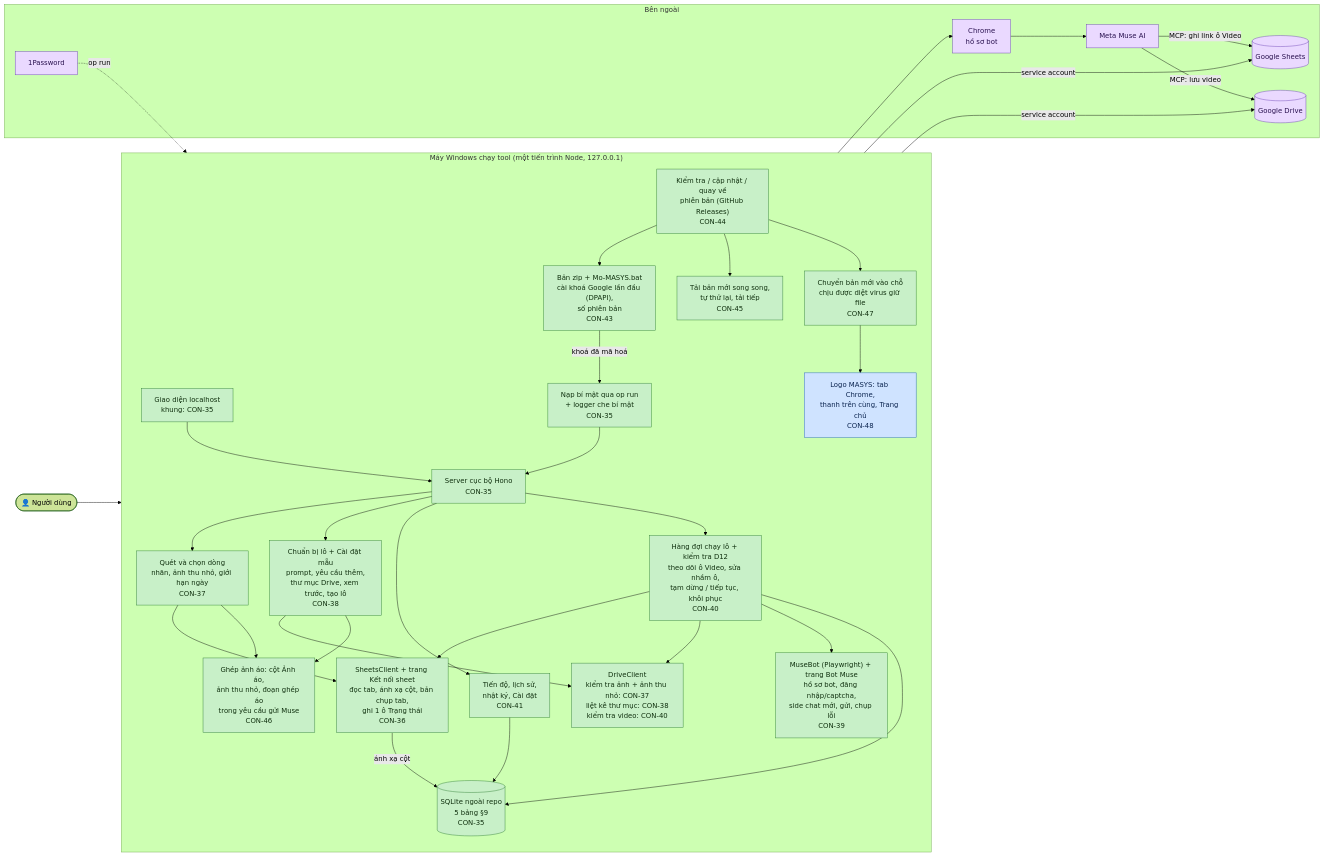
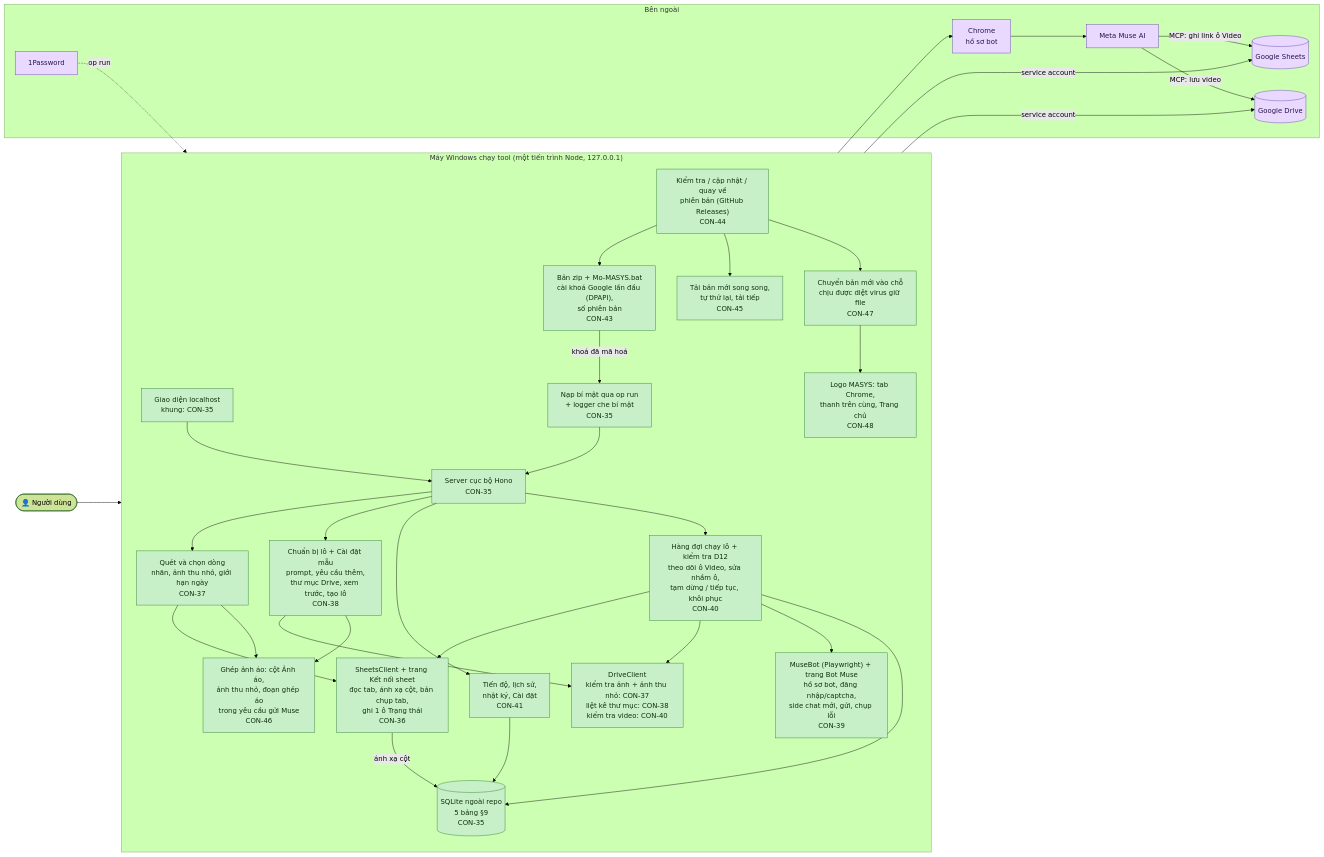
The diagram in TIEN-DO.md (Bach1711/MASYS-VIDEO-GENERATOR), drawn with Mermaid (forest theme) before and after one commit. The commit also changed other lines of this file and 1 other file, not shown here.

````diff
--- a/TIEN-DO.md
+++ b/TIEN-DO.md
@@ -17,76 +17,76 @@
 ```mermaid
 flowchart LR
     user(["👤 Người dùng"])
 
     subgraph PC["Máy Windows chạy tool (một tiến trình Node, 127.0.0.1)"]
         direction TB
         ui["Giao diện localhost<br/>khung: CON-35"]
         server["Server cục bộ Hono<br/>CON-35"]
         secrets["Nạp bí mật qua op run<br/>+ logger che bí mật<br/>CON-35"]
         db[("SQLite ngoài repo<br/>5 bảng §9<br/>CON-35")]
 
         sheet["SheetsClient + trang Kết nối sheet<br/>đọc tab, ánh xạ cột, bản chụp tab,<br/>ghi 1 ô Trạng thái<br/>CON-36"]
         scan["Quét và chọn dòng<br/>nhãn, ảnh thu nhỏ, giới hạn ngày<br/>CON-37"]
         editor["Chuẩn bị lô + Cài đặt mẫu<br/>prompt, yêu cầu thêm,<br/>thư mục Drive, xem trước, tạo lô<br/>CON-38"]
         bot["MuseBot (Playwright) + trang Bot Muse<br/>hồ sơ bot, đăng nhập/captcha,<br/>side chat mới, gửi, chụp lỗi<br/>CON-39"]
         queue["Hàng đợi chạy lô + kiểm tra D12<br/>theo dõi ô Video, sửa nhầm ô,<br/>tạm dừng / tiếp tục, khôi phục<br/>CON-40"]
         drive["DriveClient<br/>kiểm tra ảnh + ảnh thu nhỏ: CON-37<br/>liệt kê thư mục: CON-38<br/>kiểm tra video: CON-40"]
         progress["Tiến độ, lịch sử,<br/>nhật ký, Cài đặt<br/>CON-41"]
         pack["Bản zip + Mo-MASYS.bat<br/>cài khoá Google lần đầu (DPAPI),<br/>số phiên bản<br/>CON-43"]
         update["Kiểm tra / cập nhật / quay về<br/>phiên bản (GitHub Releases)<br/>CON-44"]
         download["Tải bản mới song song,<br/>tự thử lại, tải tiếp<br/>CON-45"]
         placing["Chuyển bản mới vào chỗ<br/>chịu được diệt virus giữ file<br/>CON-47"]
         logo["Logo MASYS: tab Chrome,<br/>thanh trên cùng, Trang chủ<br/>CON-48"]
         shirt["Ghép ảnh áo: cột Ảnh áo,<br/>ảnh thu nhỏ, đoạn ghép áo<br/>trong yêu cầu gửi Muse<br/>CON-46"]
     end
 
     subgraph EXT["Bên ngoài"]
         gsheets[("Google Sheets")]
         gdrive[("Google Drive")]
         chrome["Chrome<br/>hồ sơ bot"]
         muse["Meta Muse AI"]
         op["1Password"]
     end
 
     user --> ui --> server
     server --> scan & editor & progress
     scan --> sheet
     editor --> drive
     server --> queue
     queue --> sheet & drive & bot
     queue --> db
     progress --> db
     sheet -- "ánh xạ cột" --> db
     sheet -- "service account" --> gsheets
     drive -- "service account" --> gdrive
     bot --> chrome --> muse
     muse -- "MCP: lưu video" --> gdrive
     muse -- "MCP: ghi link ô Video" --> gsheets
     op -. "op run" .-> secrets --> server
     pack -- "khoá đã mã hoá" --> secrets
     update --> pack
     update --> download
     update --> placing
     placing --> logo
     scan --> shirt
     editor --> shirt
 
     classDef done fill:#c8f0c8,stroke:#2e7d32,color:#10300f
     classDef review fill:#cfe3ff,stroke:#1f5fbf,color:#0c2550
     classDef doing fill:#fff1b8,stroke:#b38600,color:#3d2e00
     classDef todo fill:#eeeeee,stroke:#9e9e9e,color:#333333
     classDef ext fill:#ead9ff,stroke:#6a3fb5,color:#2a1250
 
     class ui,server,secrets,db,sheet,scan,editor done
     class drive done
     class bot done
     class queue done
     class progress done
     class pack done
     class update done
     class download done
     class shirt done
     class placing done
-    class logo review
+    class logo done
     class gsheets,gdrive,chrome,muse,op ext
 ```
````
